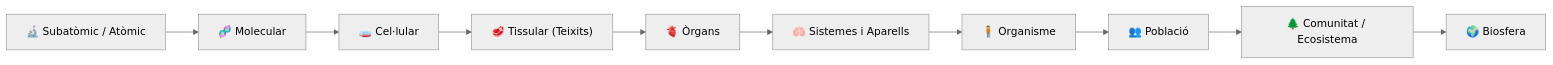
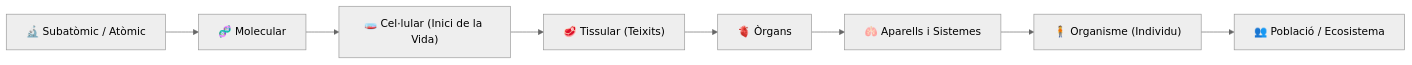
Before and after one commit to socderafel/socderafel.github.io: the diagram in biblioteca-cicles/01_FP_Basica/1fpb-ciencies-aplicades/ut02/ut0201.md, drawn with Mermaid (neutral theme). The commit also changed other lines of this file and 11 other files, not shown here.

````diff
--- a/biblioteca-cicles/01_FP_Basica/1fpb-ciencies-aplicades/ut02/ut0201.md
+++ b/biblioteca-cicles/01_FP_Basica/1fpb-ciencies-aplicades/ut02/ut0201.md
@@ -36,12 +39,10 @@
 ```mermaid
 flowchart LR
   A["🔬 Subatòmic / Atòmic"] --> B["🧬 Molecular"]
-  B --> C["🧫 Cel·lular"]
+  B --> C["🧫 Cel·lular (Inici de la Vida)"]
   C --> D["🥩 Tissular (Teixits)"]
   D --> E["🫀 Òrgans"]
-  E --> F["🫁 Sistemes i Aparells"]
-  F --> G["🧍 Organisme"]
-  G --> H["👥 Població"]
-  H --> I["🌲 Comunitat / Ecosistema"]
-  I --> J["🌍 Biosfera"]
+  E --> F["🫁 Aparells i Sistemes"]
+  F --> G["🧍 Organisme (Individu)"]
+  G --> H["👥 Població / Ecosistema"]
 ```
````
